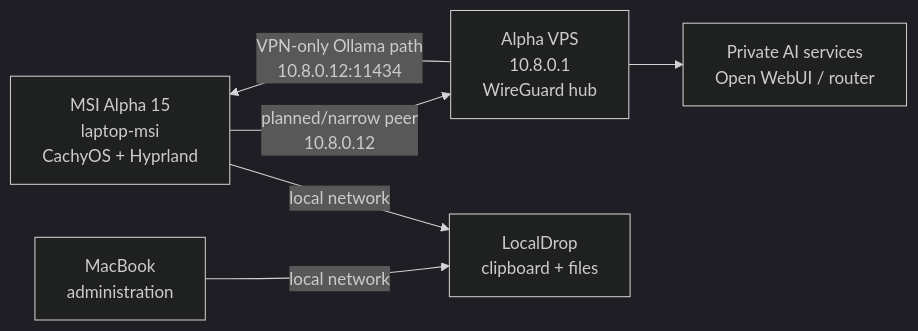
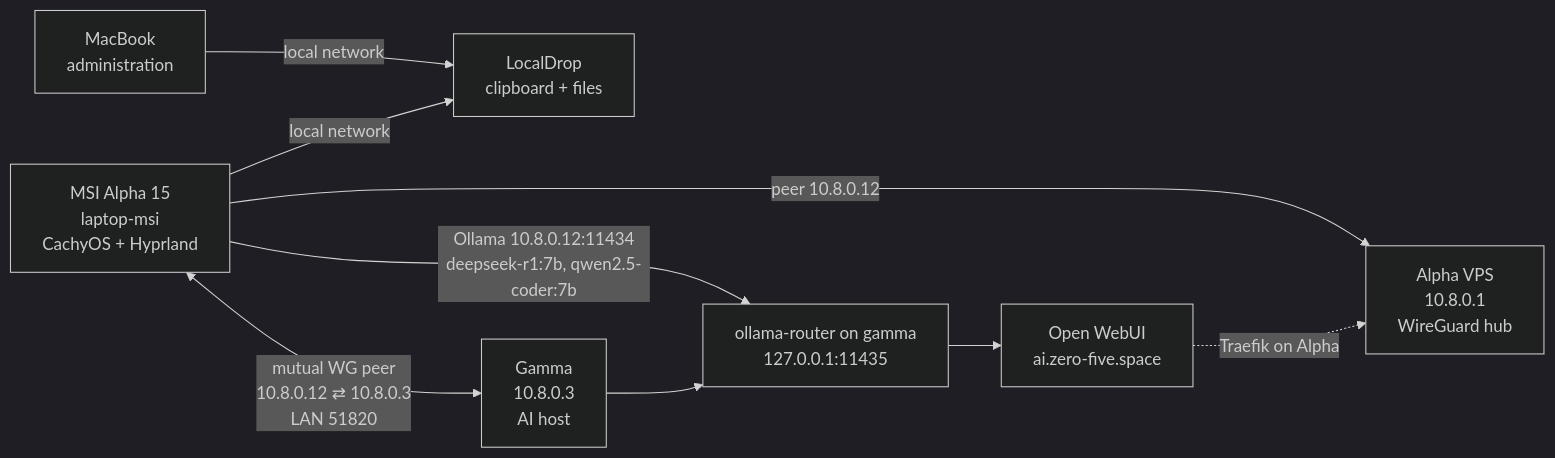
The diagram in content/docs/laptop-msi/index.mdx (Manuel0516/zero-five-handbook), drawn with Mermaid (dark theme) before and after one commit. The commit also changed other lines of this file and 7 other files, not shown here.

First line of the commit message:
Diagrams + roles: MSI is live AI backend wired to gamma; iPhone/MacBook dual connection paths; delta IP numbering plan made explicit

````diff
--- a/content/docs/laptop-msi/index.mdx
+++ b/content/docs/laptop-msi/index.mdx
@@ -19,14 +19,19 @@
 ```mermaid
 flowchart LR
     msi["MSI Alpha 15<br/>laptop-msi<br/>CachyOS + Hyprland"]
+    gamma["Gamma<br/>10.8.0.3<br/>AI host"]
+    router["ollama-router on gamma<br/>127.0.0.1:11435"]
+    webui["Open WebUI<br/>ai.zero-five.space"]
     alpha["Alpha VPS<br/>10.8.0.1<br/>WireGuard hub"]
-    webui["Private AI services<br/>Open WebUI / router"]
     mac["MacBook<br/>administration"]
     localdrop["LocalDrop<br/>clipboard + files"]
 
-    msi -->|"planned/narrow peer<br/>10.8.0.12"| alpha
-    alpha -->|"VPN-only Ollama path<br/>10.8.0.12:11434"| msi
+    msi <-->|"mutual WG peer<br/>10.8.0.12 ⇄ 10.8.0.3<br/>LAN 51820"| gamma
+    msi -->|"Ollama 10.8.0.12:11434<br/>deepseek-r1:7b, qwen2.5-coder:7b"| router
+    gamma --> router
+    router --> webui
+    webui -. "Traefik on Alpha" .-> alpha
+    msi -->|"peer 10.8.0.12"| alpha
     mac -->|"local network"| localdrop
     msi -->|"local network"| localdrop
-    alpha --> webui
 ```
````
